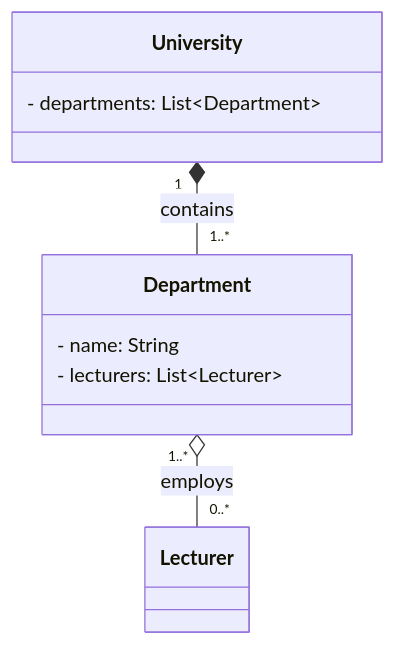
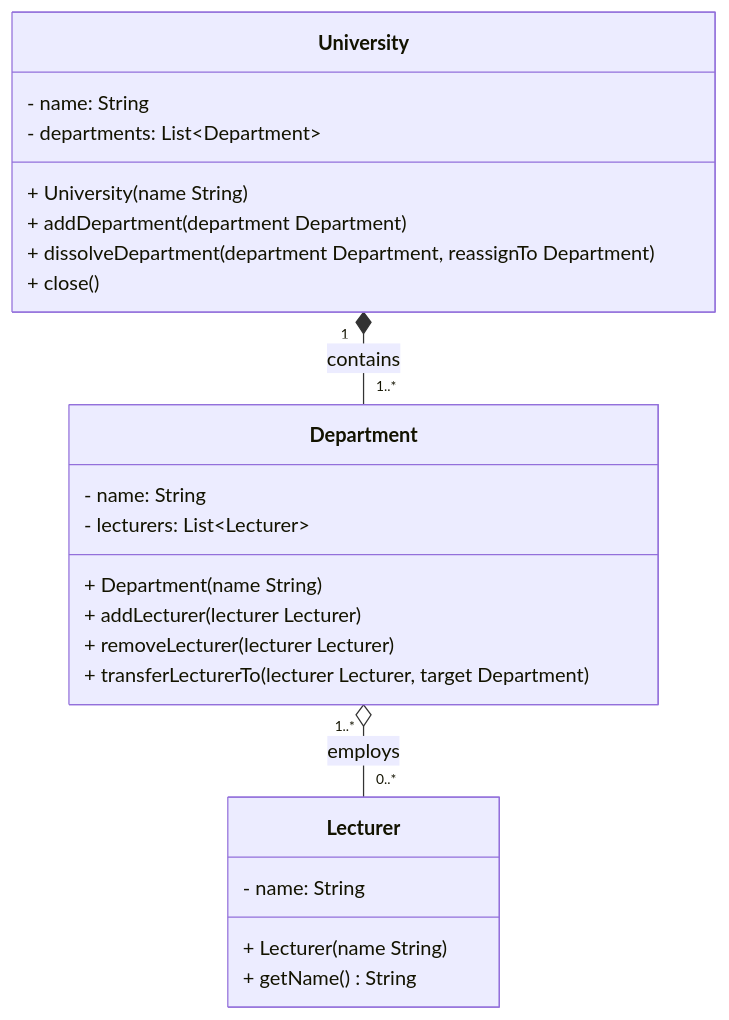
Before and after one commit to IsaVII/Lex_7_Java_Exercise_OOP2: the first of 3 diagrams in Readme.md, drawn with Mermaid. The commit also changed other lines of this file, not shown here.

Commit message:
Exercise 2: added detailed method descriptions and constructors for University, Department, and Lecturer in Readme.md

````diff
--- a/Readme.md
+++ b/Readme.md
@@ -20,15 +20,27 @@
 ```mermaid
 classDiagram
     class University {
+        - name: String
         - departments: List~Department~
+        + University(name String)
+        + addDepartment(department Department)
+        + dissolveDepartment(department Department, reassignTo Department)
+        + close()
     }
     class Department {
         - name: String
         - lecturers: List~Lecturer~
+        + Department(name String)
+        + addLecturer(lecturer Lecturer)
+        + removeLecturer(lecturer Lecturer)
+        + transferLecturerTo(lecturer Lecturer, target Department)
     }
     class Lecturer {
+        - name: String
+        + Lecturer(name String)
+        + getName() String
     }
 
     University "1" *-- "1..*" Department : contains
     Department "1..*" o-- "0..*" Lecturer : employs
 ```
````
